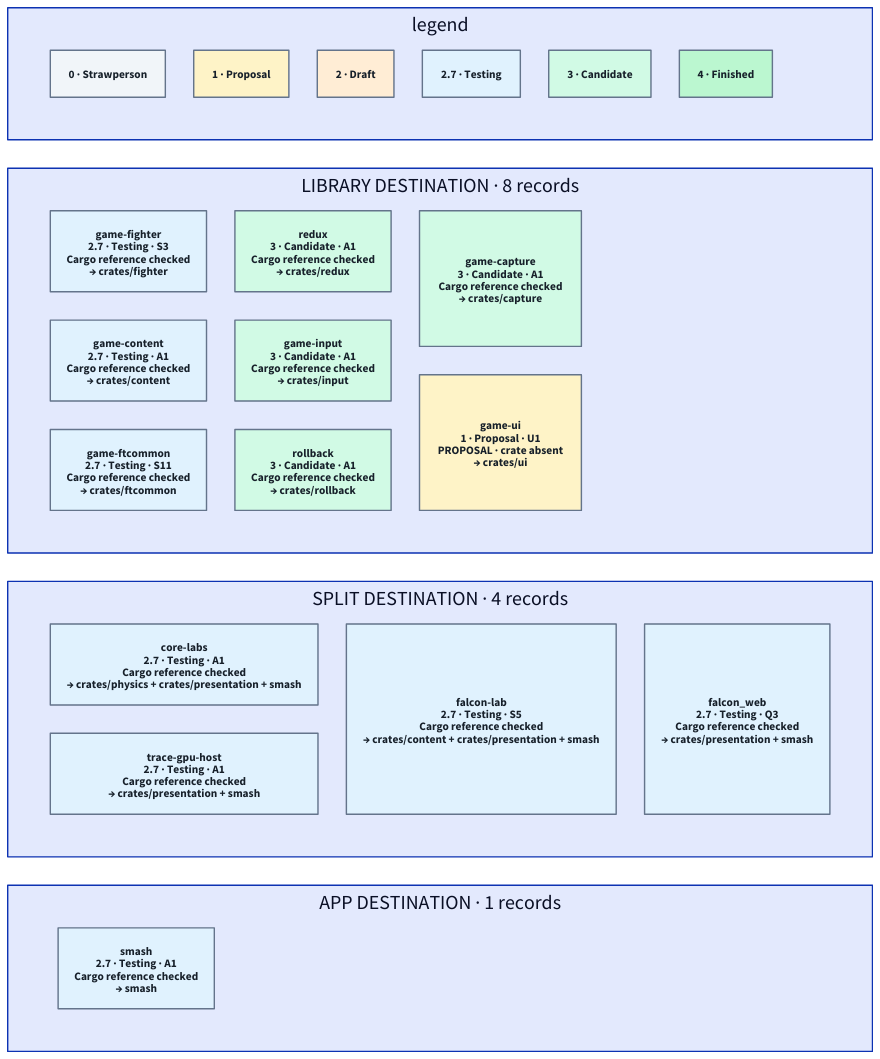
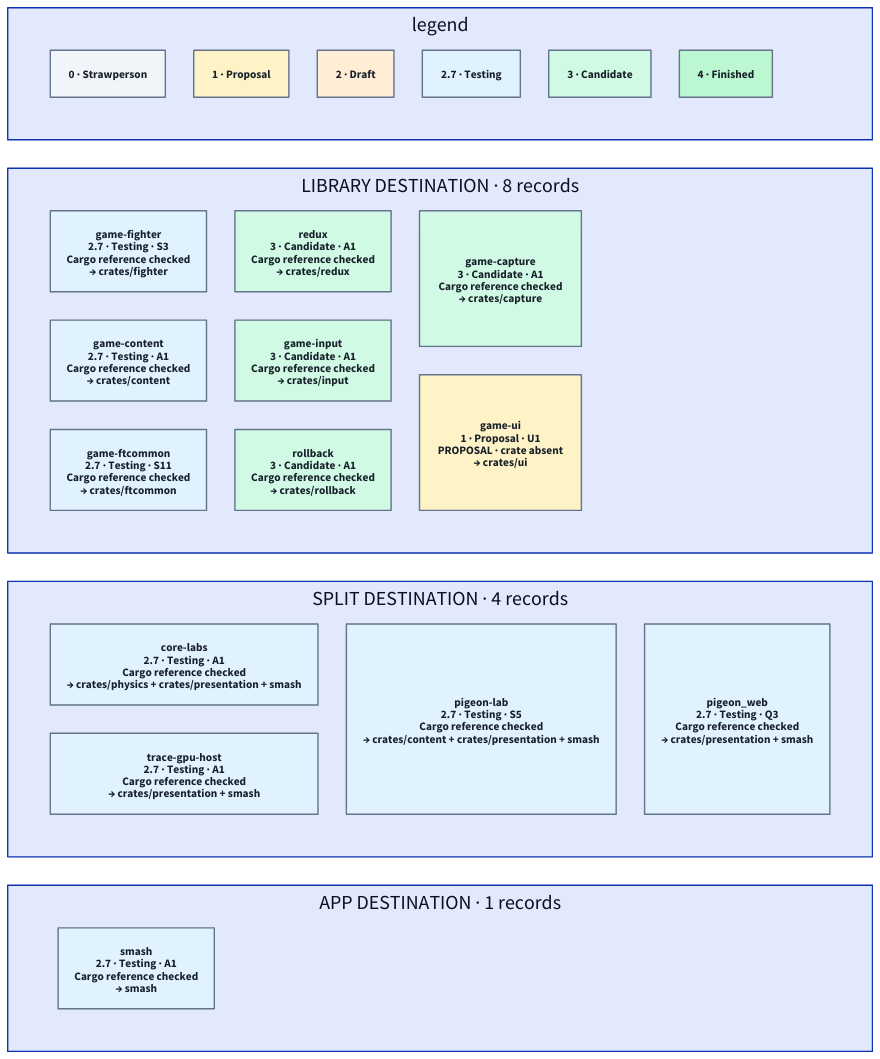
Before and after one commit to hafley66/hafley-rs: the diagram in classification/3_registry.d2, drawn with D2. The commit also changed 372 other files, not shown here.

```diff
--- a/classification/3_registry.d2
+++ b/classification/3_registry.d2
@@ -1,34 +1,34 @@
 # Generated from 1_registry.tsp. Do not edit.
 label: "05 · CHECKED CRATE INVENTORY / TC39-style promotion stages"
 grid-columns: 1
 legend: {
 grid-columns: 6
 s0: "0 · Strawperson" {style.fill: "#F1F5F9"; style.font-color: "#17202A"; style.stroke: "#64748B"}
 s1: "1 · Proposal" {style.fill: "#FEF3C7"; style.font-color: "#17202A"; style.stroke: "#64748B"}
 s2: "2 · Draft" {style.fill: "#FFEDD5"; style.font-color: "#17202A"; style.stroke: "#64748B"}
 s3: "2.7 · Testing" {style.fill: "#E0F2FE"; style.font-color: "#17202A"; style.stroke: "#64748B"}
 s4: "3 · Candidate" {style.fill: "#D1FAE5"; style.font-color: "#17202A"; style.stroke: "#64748B"}
 s5: "4 · Finished" {style.fill: "#BBF7D0"; style.font-color: "#17202A"; style.stroke: "#64748B"}
 }
 library: "LIBRARY DESTINATION · 8 records" {
 grid-columns: 3
 "game-fighter": "game-fighter\n2.7 · Testing · S3\nCargo reference checked\n→ crates/fighter" {style.fill: "#E0F2FE"; style.font-color: "#17202A"; style.stroke: "#64748B"}
 "game-content": "game-content\n2.7 · Testing · A1\nCargo reference checked\n→ crates/content" {style.fill: "#E0F2FE"; style.font-color: "#17202A"; style.stroke: "#64748B"}
 "game-ftcommon": "game-ftcommon\n2.7 · Testing · S11\nCargo reference checked\n→ crates/ftcommon" {style.fill: "#E0F2FE"; style.font-color: "#17202A"; style.stroke: "#64748B"}
 "redux": "redux\n3 · Candidate · A1\nCargo reference checked\n→ crates/redux" {style.fill: "#D1FAE5"; style.font-color: "#17202A"; style.stroke: "#64748B"}
 "game-input": "game-input\n3 · Candidate · A1\nCargo reference checked\n→ crates/input" {style.fill: "#D1FAE5"; style.font-color: "#17202A"; style.stroke: "#64748B"}
 "rollback": "rollback\n3 · Candidate · A1\nCargo reference checked\n→ crates/rollback" {style.fill: "#D1FAE5"; style.font-color: "#17202A"; style.stroke: "#64748B"}
 "game-capture": "game-capture\n3 · Candidate · A1\nCargo reference checked\n→ crates/capture" {style.fill: "#D1FAE5"; style.font-color: "#17202A"; style.stroke: "#64748B"}
 "game-ui": "game-ui\n1 · Proposal · U1\nPROPOSAL · crate absent\n→ crates/ui" {style.fill: "#FEF3C7"; style.font-color: "#17202A"; style.stroke: "#64748B"}
 }
 split: "SPLIT DESTINATION · 4 records" {
 grid-columns: 3
 "core-labs": "core-labs\n2.7 · Testing · A1\nCargo reference checked\n→ crates/physics + crates/presentation + smash" {style.fill: "#E0F2FE"; style.font-color: "#17202A"; style.stroke: "#64748B"}
 "trace-gpu-host": "trace-gpu-host\n2.7 · Testing · A1\nCargo reference checked\n→ crates/presentation + smash" {style.fill: "#E0F2FE"; style.font-color: "#17202A"; style.stroke: "#64748B"}
-"falcon-lab": "falcon-lab\n2.7 · Testing · S5\nCargo reference checked\n→ crates/content + crates/presentation + smash" {style.fill: "#E0F2FE"; style.font-color: "#17202A"; style.stroke: "#64748B"}
-"falcon_web": "falcon_web\n2.7 · Testing · Q3\nCargo reference checked\n→ crates/presentation + smash" {style.fill: "#E0F2FE"; style.font-color: "#17202A"; style.stroke: "#64748B"}
+"pigeon-lab": "pigeon-lab\n2.7 · Testing · S5\nCargo reference checked\n→ crates/content + crates/presentation + smash" {style.fill: "#E0F2FE"; style.font-color: "#17202A"; style.stroke: "#64748B"}
+"pigeon_web": "pigeon_web\n2.7 · Testing · Q3\nCargo reference checked\n→ crates/presentation + smash" {style.fill: "#E0F2FE"; style.font-color: "#17202A"; style.stroke: "#64748B"}
 }
 app: "APP DESTINATION · 1 records" {
 grid-columns: 3
 "smash": "smash\n2.7 · Testing · A1\nCargo reference checked\n→ smash" {style.fill: "#E0F2FE"; style.font-color: "#17202A"; style.stroke: "#64748B"}
 }
```
